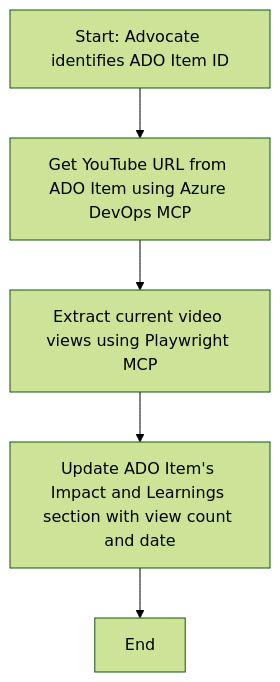
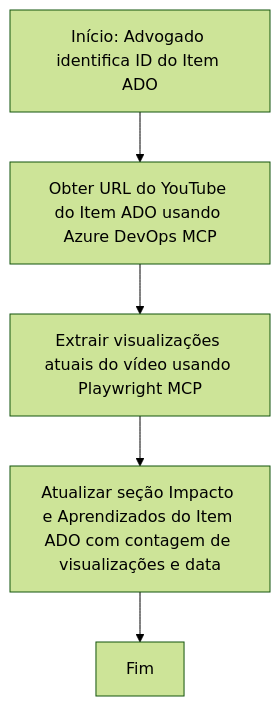
The diagram in translations/pt-BR/09-CaseStudy/UpdateADOItemsFromYT.md (Mu-L/mcp-for-beginners), drawn with Mermaid (forest theme) before and after one commit. The commit also changed other lines of this file and 110 other files, not shown here.

````diff
--- a/translations/pt-BR/09-CaseStudy/UpdateADOItemsFromYT.md
+++ b/translations/pt-BR/09-CaseStudy/UpdateADOItemsFromYT.md
@@ -39,7 +39,7 @@
 ```mermaid
 flowchart TD
-    A[Start: Advocate identifies ADO Item ID] --> B[Get YouTube URL from ADO Item using Azure DevOps MCP]
-    B --> C[Extract current video views using Playwright MCP]
-    C --> D[Update ADO Item's Impact and Learnings section with view count and date]
-    D --> E[End]
+    A[Início: Advogado identifica ID do Item ADO] --> B[Obter URL do YouTube do Item ADO usando Azure DevOps MCP]
+    B --> C[Extrair visualizações atuais do vídeo usando Playwright MCP]
+    C --> D[Atualizar seção Impacto e Aprendizados do Item ADO com contagem de visualizações e data]
+    D --> E[Fim]
 ```
````
